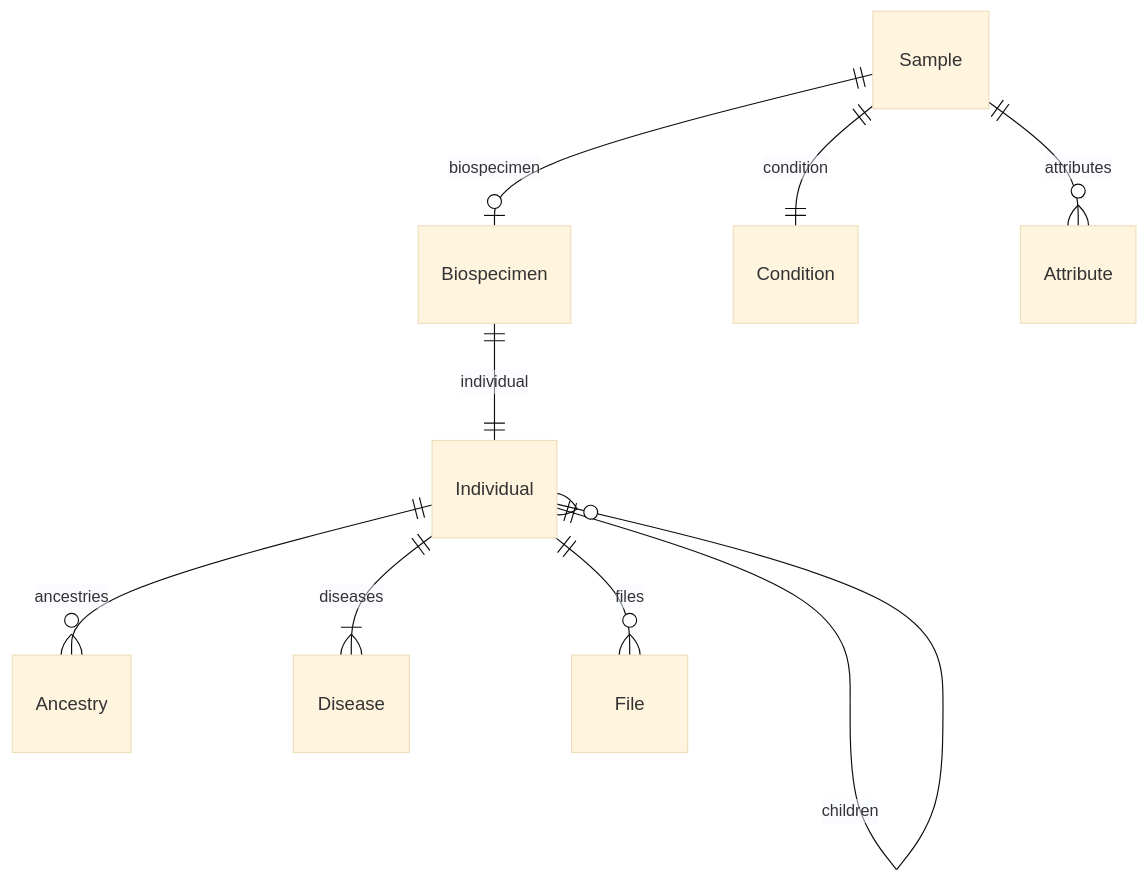
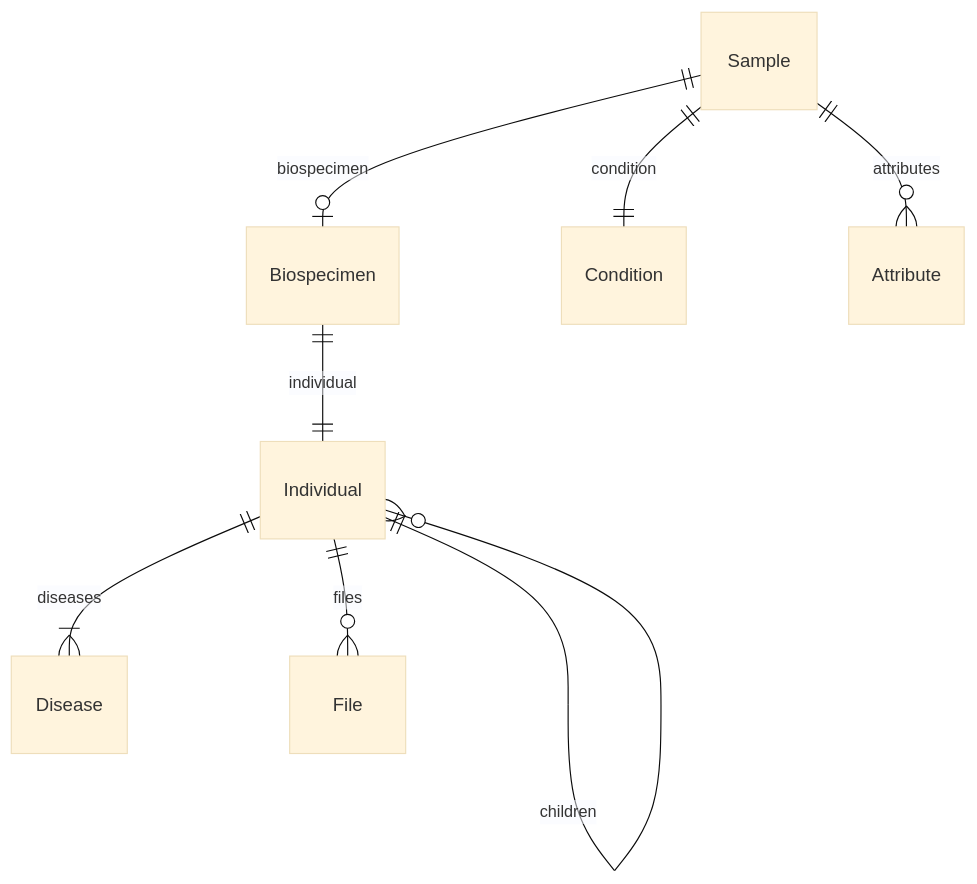
One commit to ghga-de/ghga-metadata-schema changed the second of 7 diagrams in docs/entity_relations.md. Above: the diagram before and after it, drawn with Mermaid (base theme). The commit also changed other lines of this file and 17 other files, not shown here.

````diff
--- a/docs/entity_relations.md
+++ b/docs/entity_relations.md
@@ -168,23 +164,22 @@
 ```mermaid
 erDiagram
 Individual {
 
 }
 Biospecimen {
 
 }
 Sample {
 
 }
 
-Individual ||--}o Ancestry : "ancestries"
 Individual ||--}o Individual : "parents"
 Individual ||--}o Individual : "children"
 Individual ||--}| Disease : "diseases"
 Individual ||--}o File : "files"
 Biospecimen ||--|| Individual : "individual"
 Sample ||--|o Biospecimen : "biospecimen"
 Sample ||--|| Condition : "condition"
 Sample ||--}o Attribute : "attributes"
 
 ```
````
